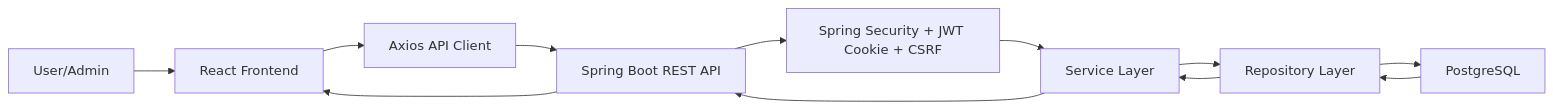
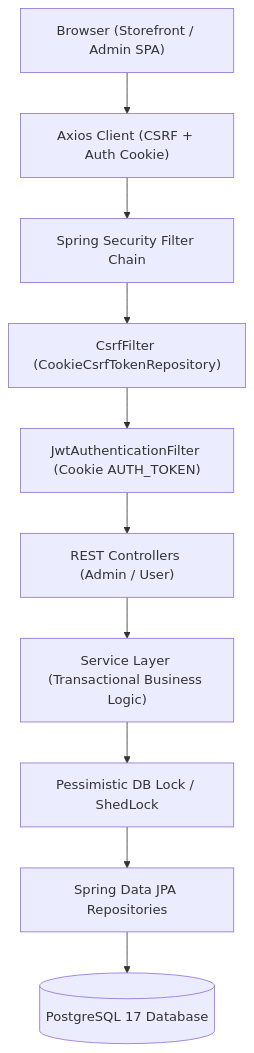
Before and after one commit to phananhkhang/Ladux: the first of 2 diagrams in README.md, drawn with Mermaid. The commit also changed other lines of this file, not shown here.

````diff
--- a/README.md
+++ b/README.md
@@ -142,14 +173,23 @@
 ```mermaid
-flowchart LR
-    U["User/Admin"] --> FE["React Frontend"]
-    FE --> API["Axios API Client"]
-    API --> BE["Spring Boot REST API"]
-    BE --> SEC["Spring Security + JWT Cookie + CSRF"]
-    SEC --> SVC["Service Layer"]
-    SVC --> REPO["Repository Layer"]
-    REPO --> DB["PostgreSQL"]
-    DB --> REPO
-    REPO --> SVC
-    SVC --> BE
-    BE --> FE
+flowchart TD
+    Client["Browser (Storefront / Admin SPA)"]
+    APIClient["Axios Client (CSRF + Auth Cookie)"]
+    SecFilter["Spring Security Filter Chain"]
+    JwtFilter["JwtAuthenticationFilter (Cookie AUTH_TOKEN)"]
+    CsrfFilter["CsrfFilter (CookieCsrfTokenRepository)"]
+    Controllers["REST Controllers (Admin / User)"]
+    Services["Service Layer (Transactional Business Logic)"]
+    Locks["Pessimistic DB Lock / ShedLock"]
+    Repos["Spring Data JPA Repositories"]
+    DB[(PostgreSQL 17 Database)]
+
+    Client --> APIClient
+    APIClient --> SecFilter
+    SecFilter --> CsrfFilter
+    CsrfFilter --> JwtFilter
+    JwtFilter --> Controllers
+    Controllers --> Services
+    Services --> Locks
+    Locks --> Repos
+    Repos --> DB
 ```
````
